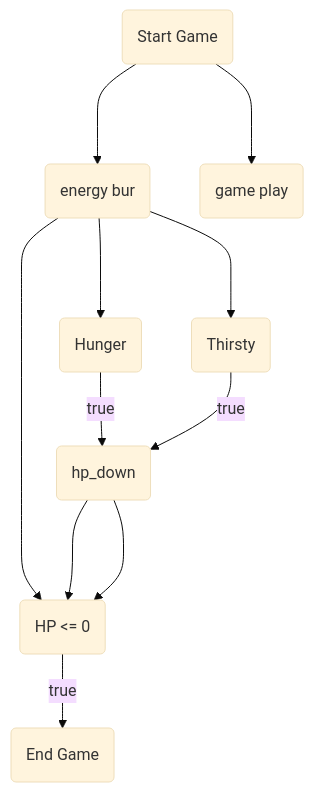
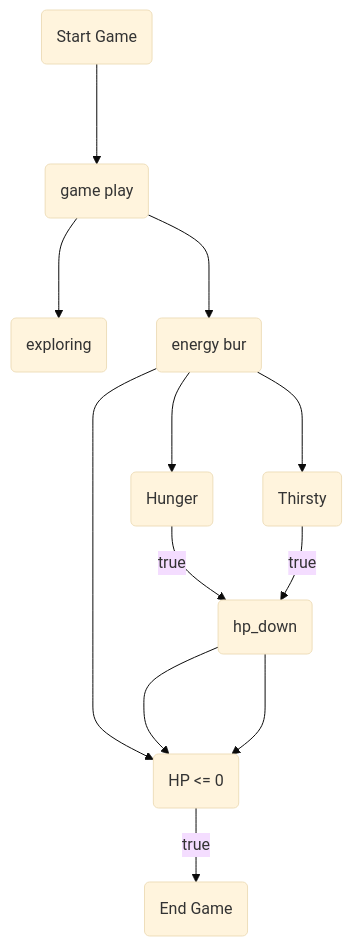
One commit to SSProgamer/C-Project changed the diagram in need me.md. Above: the diagram before and after it, drawn with Mermaid (base theme).

Commit message:
Update need me.md

````diff
--- a/need me.md
+++ b/need me.md
@@ -35,8 +35,9 @@
 ```mermaid
 flowchart TD
-start(Start Game) ---> stack(energy bur) --->hp
 start(Start Game) ---> ingame(game play)
+ingame ---> explore(exploring)
+ingame ---> stack(energy bur) --->hp
 stack(energy bur) --->Hunger(Hunger) --true--> hp_down(hp_down) ---> hp
 stack(energy bur) --->Thirsty(Thirsty) --true--> hp_down(hp_down) ---> hp
 hp(HP <= 0) --true--> e(End Game)
 ```
````
